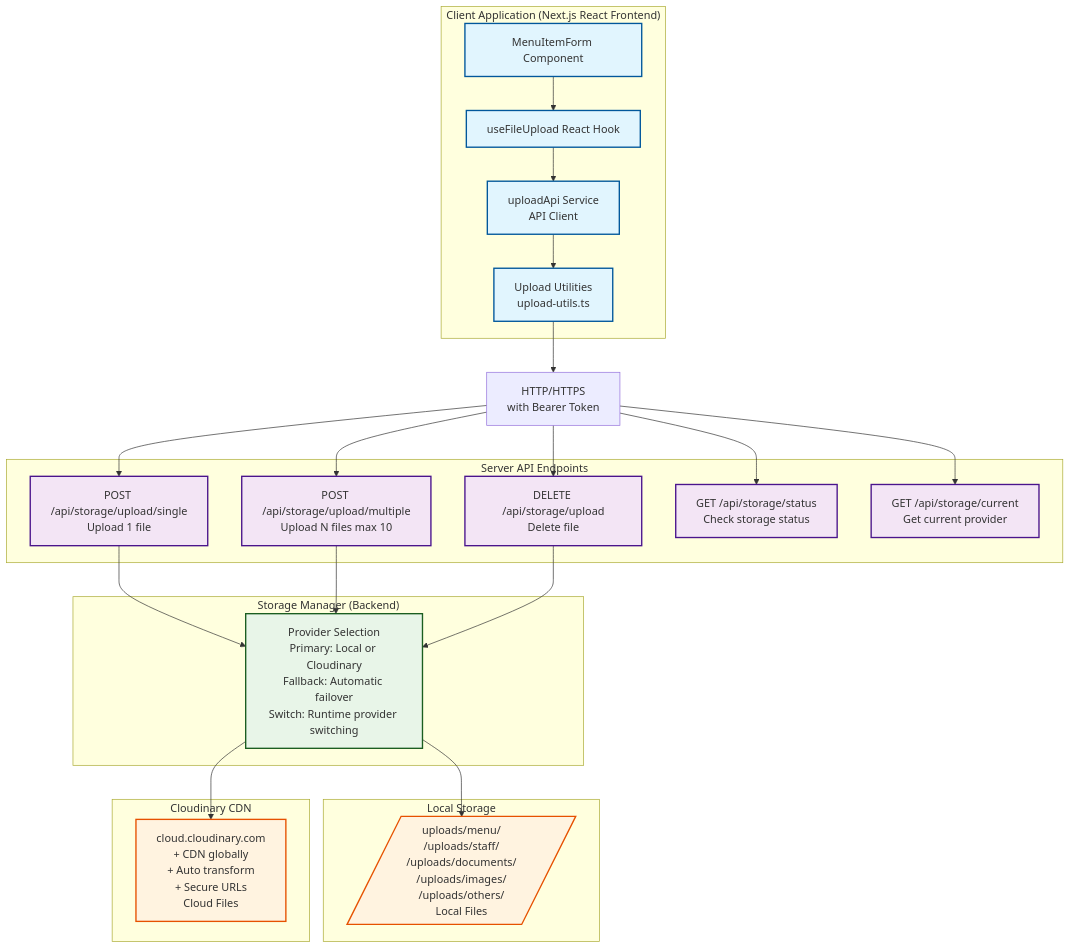
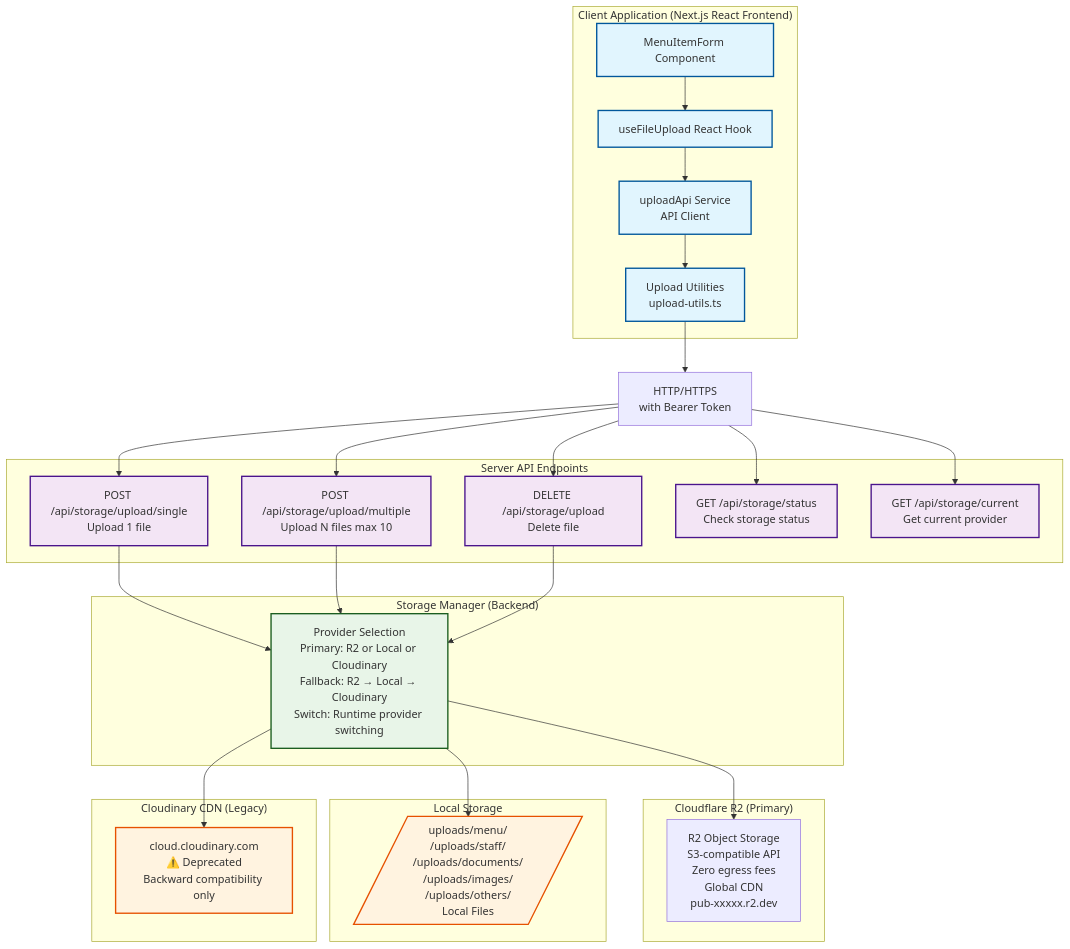
The diagram in docs/FILE_STORAGE_GUIDE.md (huy1235588/restaurant-management), drawn with Mermaid before and after one commit. The commit also changed other lines of this file and 20 other files, not shown here.

First line of the commit message:
feat: Migrate file storage from Cloudinary to Cloudflare R2

````diff
--- a/docs/FILE_STORAGE_GUIDE.md
+++ b/docs/FILE_STORAGE_GUIDE.md
@@ -51,66 +62,71 @@
 ```mermaid
 flowchart TD
     %% Client Layer
     subgraph "Client Application (Next.js React Frontend)"
         A[MenuItemForm Component]
         B[useFileUpload React Hook]
         C[uploadApi Service<br/>API Client]
         D[Upload Utilities<br/>upload-utils.ts]
 
         A --> B
         B --> C
         C --> D
     end
 
     %% Network Layer
     E[HTTP/HTTPS<br/>with Bearer Token]
 
     %% Server Layer
     subgraph "Server API Endpoints"
         F[POST /api/storage/upload/single<br/>Upload 1 file]
         G[POST /api/storage/upload/multiple<br/>Upload N files max 10]
         H[DELETE /api/storage/upload<br/>Delete file]
         I[GET /api/storage/status<br/>Check storage status]
         J[GET /api/storage/current<br/>Get current provider]
     end
 
     %% Backend Layer
     subgraph "Storage Manager (Backend)"
-        K[Provider Selection<br/>Primary: Local or Cloudinary<br/>Fallback: Automatic failover<br/>Switch: Runtime provider switching]
+        K[Provider Selection<br/>Primary: R2 or Local or Cloudinary<br/>Fallback: R2 → Local → Cloudinary<br/>Switch: Runtime provider switching]
     end
 
     %% Storage Layer
+    subgraph "Cloudflare R2 (Primary)"
+        N[R2 Object Storage<br/>S3-compatible API<br/>Zero egress fees<br/>Global CDN<br/>pub-xxxxx.r2.dev]
+    end
+
     subgraph "Local Storage"
         L[/uploads/menu/<br/>/uploads/staff/<br/>/uploads/documents/<br/>/uploads/images/<br/>/uploads/others/<br/>Local Files/]
     end
 
-    subgraph "Cloudinary CDN"
-        M[cloud.cloudinary.com<br/>+ CDN globally<br/>+ Auto transform<br/>+ Secure URLs<br/>Cloud Files]
+    subgraph "Cloudinary CDN (Legacy)"
+        M[cloud.cloudinary.com<br/>⚠️ Deprecated<br/>Backward compatibility only]
     end
 
     %% Connections
     D --> E
     E --> F
     E --> G
     E --> H
     E --> I
     E --> J
 
     F --> K
     G --> K
     H --> K
 
+    K --> N
     K --> L
     K --> M
 
     %% Styling
     classDef clientClass fill:#e1f5fe,stroke:#01579b,stroke-width:2px
     classDef serverClass fill:#f3e5f5,stroke:#4a148c,stroke-width:2px
     classDef backendClass fill:#e8f5e8,stroke:#1b5e20,stroke-width:2px
     classDef storageClass fill:#fff3e0,stroke:#e65100,stroke-width:2px
 
     class A,B,C,D clientClass
     class F,G,H,I,J serverClass
     class K backendClass
     class L,M storageClass
 ```
````
